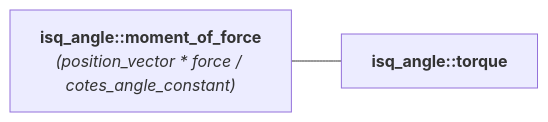
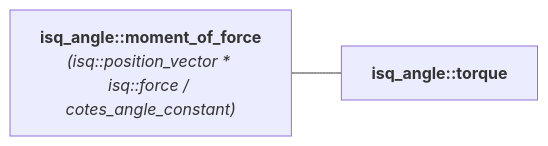
The diagram in docs/reference/systems_reference/hierarchies/moment_of_force_isq_angle.md (mpusz/mp-units), drawn with Mermaid before and after one commit. The commit also changed 27 other files, not shown here.

````diff
--- a/docs/reference/systems_reference/hierarchies/moment_of_force_isq_angle.md
+++ b/docs/reference/systems_reference/hierarchies/moment_of_force_isq_angle.md
@@ -8,6 +8,6 @@
 ```mermaid
 flowchart LR
-    isq_angle_moment_of_force["<b>isq_angle::moment_of_force</b><br><i>(position_vector * force / cotes_angle_constant)</i>"]
+    isq_angle_moment_of_force["<b>isq_angle::moment_of_force</b><br><i>(isq::position_vector * isq::force / cotes_angle_constant)</i>"]
     isq_angle_torque["<b>isq_angle::torque</b>"]
     isq_angle_moment_of_force --- isq_angle_torque
 ```
````
